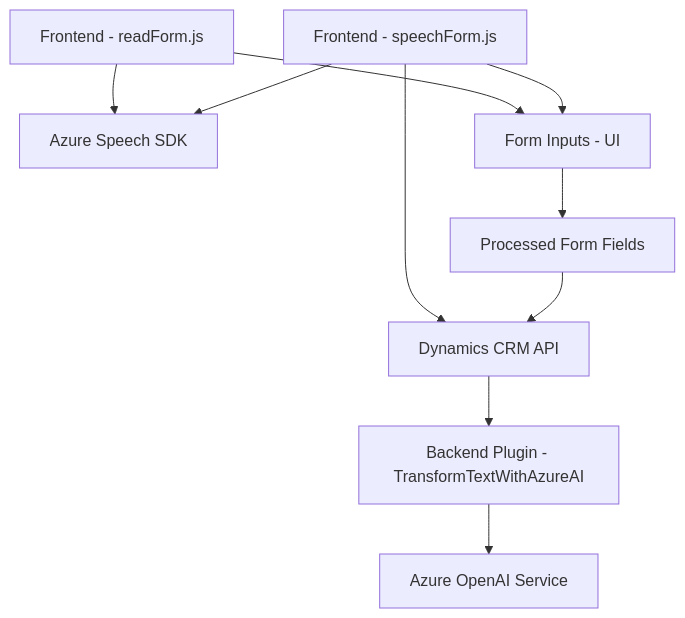
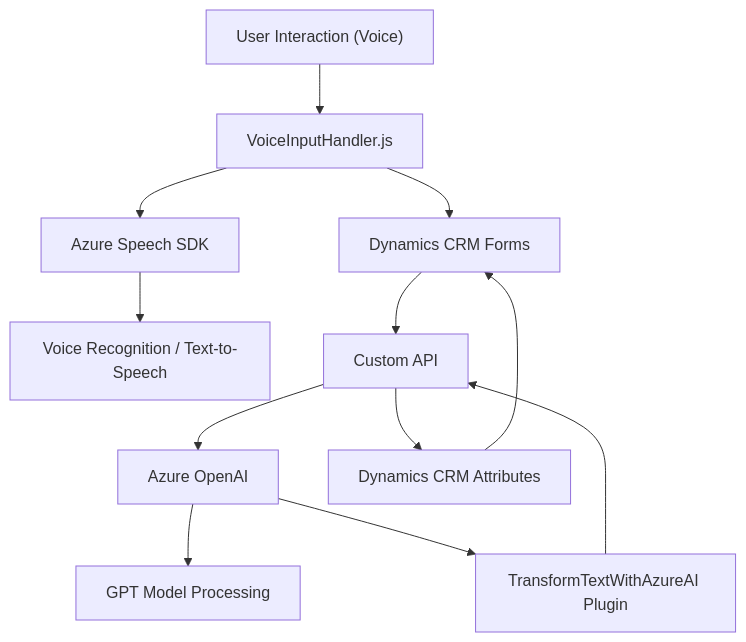
Before and after one commit to blopezdm/NETCORE_BILBAO2025: the diagram in README.md, drawn with Mermaid. The commit also changed other lines of this file, not shown here.

````diff
--- a/README.md
+++ b/README.md
@@ -57,12 +57,14 @@
 ```mermaid
 graph TD
-    A["Frontend - readForm.js"] --> B["Azure Speech SDK"]
-    C["Frontend - speechForm.js"] --> B
-    C --> D["Dynamics CRM API"]
-    D --> E["Backend Plugin - TransformTextWithAzureAI"]
-    E --> F["Azure OpenAI Service"]
-    A --> G["Form Inputs - UI"]
-    C --> G
-    G --> H["Processed Form Fields"]
-    H --> D
+  A["User Interaction (Voice)"] --> B["VoiceInputHandler.js"]
+  B["VoiceInputHandler.js"] --> C["Azure Speech SDK"]
+  B["VoiceInputHandler.js"] --> D["Dynamics CRM Forms"]
+  C["Azure Speech SDK"] --> E["Voice Recognition / Text-to-Speech"]
+  D["Dynamics CRM Forms"] --> F["Custom API"]
+  F["Custom API"] --> G["Azure OpenAI"]
+  G["Azure OpenAI"] --> H["GPT Model Processing"]
+  F["Custom API"] --> I["Dynamics CRM Attributes"]
+  I["Dynamics CRM Attributes"] --> D["Dynamics CRM Forms"]
+  G["Azure OpenAI"] --> J["TransformTextWithAzureAI Plugin"]
+  J["TransformTextWithAzureAI Plugin"] --> F["Custom API"]
 ```
````
